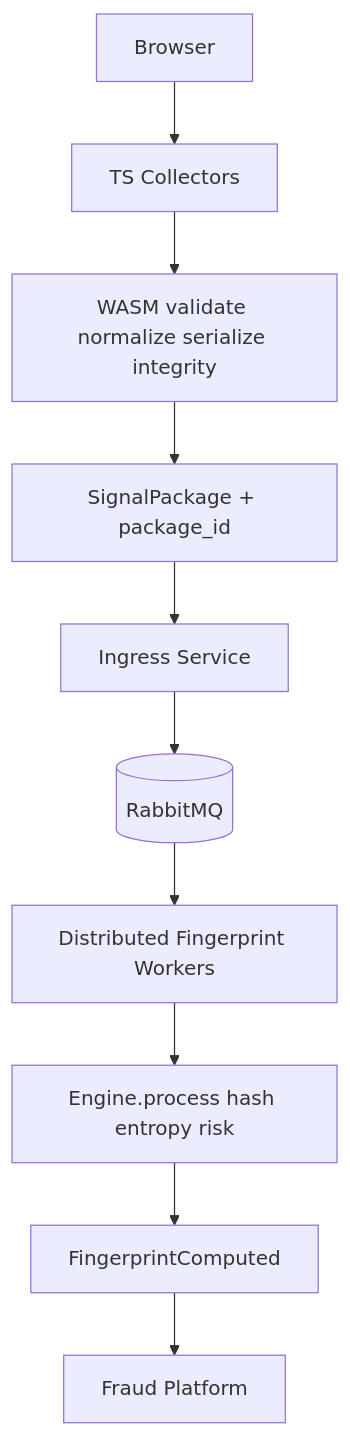
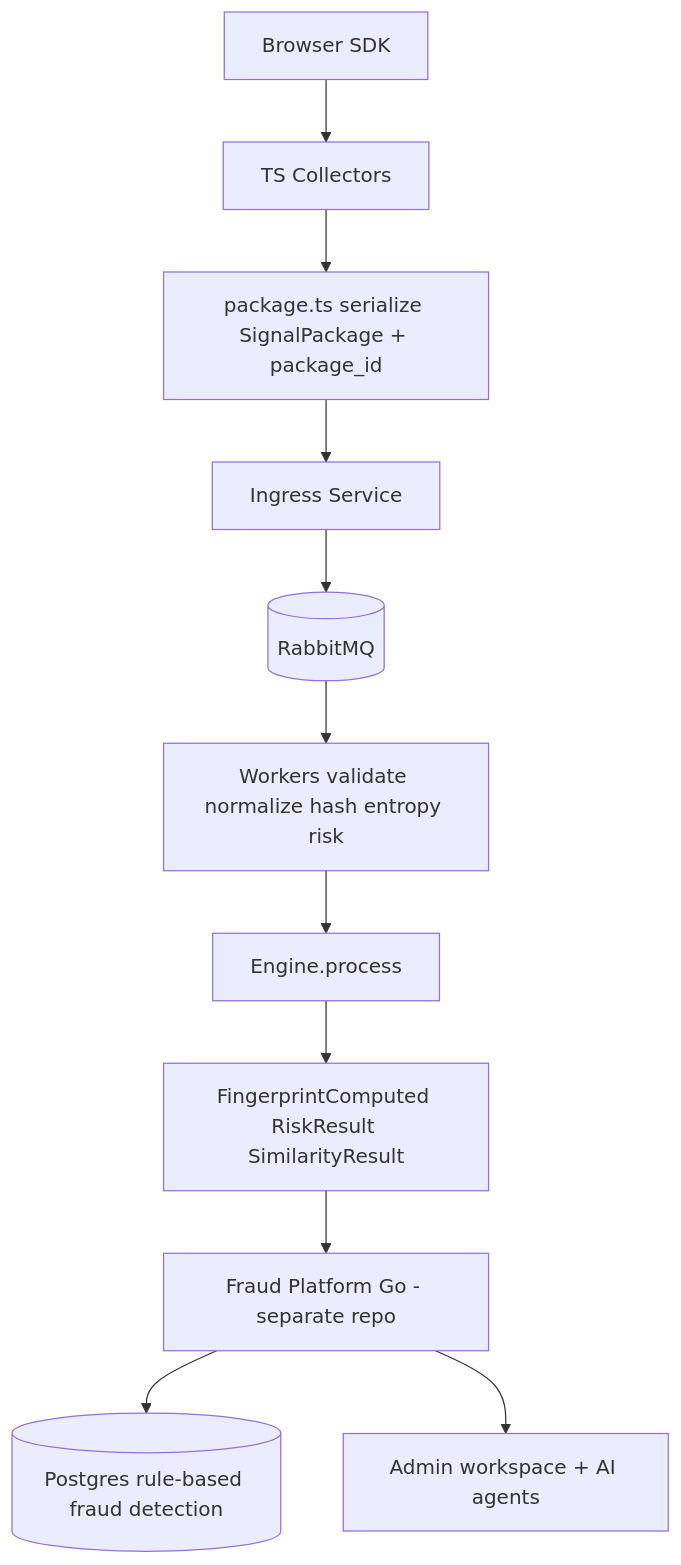
The first of 3 diagrams in specs/rework/DESIGN.md (Akshay2642005/fingerprint-engine), drawn with Mermaid before and after one commit. The commit also changed other lines of this file and 2 other files, not shown here.

First line of the commit message:
docs(specs): revise browser and fraud boundary

````diff
--- a/specs/rework/DESIGN.md
+++ b/specs/rework/DESIGN.md
@@ -382,12 +424,13 @@
 ```mermaid
 flowchart TD
-    B[Browser] --> C[TS Collectors]
-    C --> W[WASM validate normalize serialize integrity]
-    W --> P[SignalPackage + package_id]
+    B[Browser SDK] --> C[TS Collectors]
+    C --> P[package.ts serialize SignalPackage + package_id]
     P --> I[Ingress Service]
     I --> Q[(RabbitMQ)]
-    Q --> WK[Distributed Fingerprint Workers]
-    WK --> E[Engine.process hash entropy risk]
-    E --> FC[FingerprintComputed]
-    FC --> FP[Fraud Platform]
+    Q --> WK[Workers validate normalize hash entropy risk]
+    WK --> E[Engine.process]
+    E --> FC[FingerprintComputed RiskResult SimilarityResult]
+    FC --> FP[Fraud Platform Go - separate repo]
+    FP --> PG[(Postgres rule-based fraud detection)]
+    FP --> WS[Admin workspace + AI agents]
 ```
````
